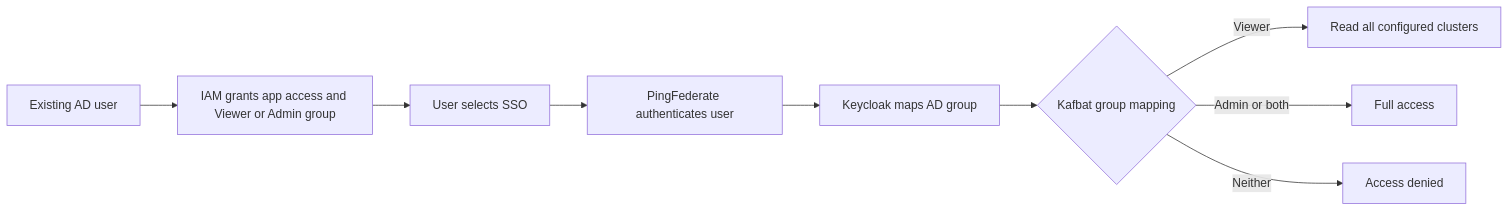
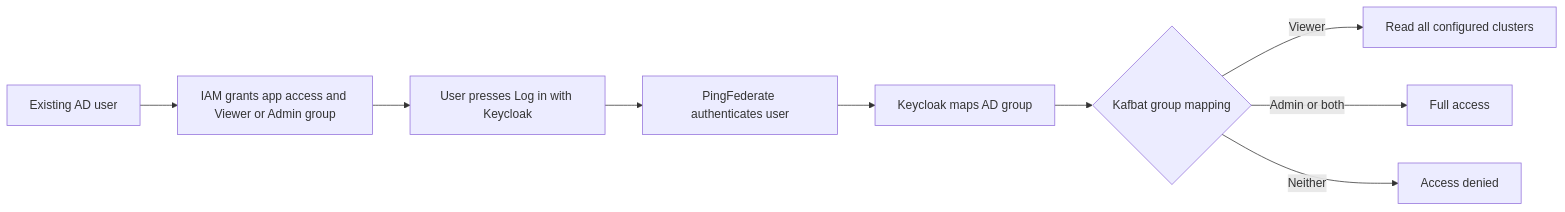
Before and after one commit to bso-d/Krate: the second of 2 diagrams in sso/guides/sso-flows.md, drawn with Mermaid. The commit also changed other lines of this file and 30 other files, not shown here.

````diff
--- a/sso/guides/sso-flows.md
+++ b/sso/guides/sso-flows.md
@@ -29,11 +29,11 @@
 ```mermaid
 flowchart LR
     A[Existing AD user] --> B[IAM grants app access and Viewer or Admin group]
-    B --> C[User selects SSO]
+    B --> C[User presses Log in with Keycloak]
     C --> D[PingFederate authenticates user]
     D --> E[Keycloak maps AD group]
     E --> F{Kafbat group mapping}
     F -->|Viewer| G[Read all configured clusters]
     F -->|Admin or both| H[Full access]
     F -->|Neither| I[Access denied]
 ```
````
